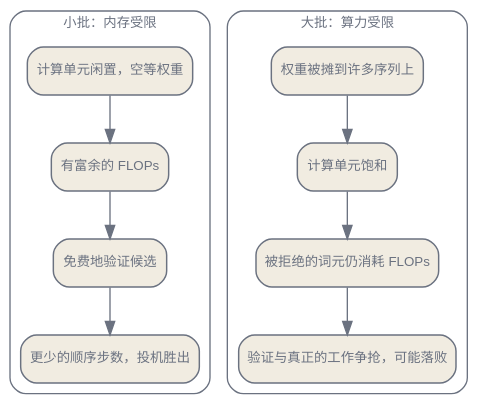
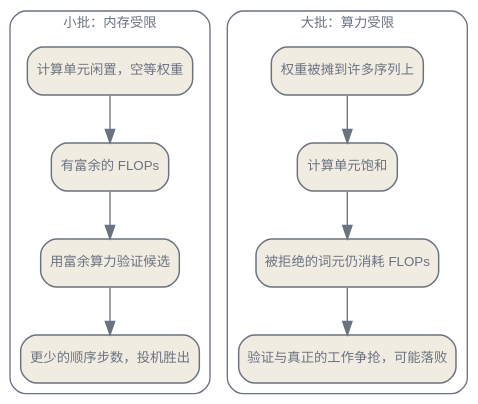
Before and after one commit to latere-ai/ai-as-an-infrastructure: the third of 4 diagrams in zh/inference/03-faster-decoding.qmd, drawn with Graphviz. The commit also changed other lines of this file and 7 other files, not shown here.

````diff
--- a/zh/inference/03-faster-decoding.qmd
+++ b/zh/inference/03-faster-decoding.qmd
@@ -135,33 +135,33 @@
 ```{dot}
 //| label: fig-faster-decoding-regime
-//| fig-cap: "为何一个加速数字是某种服务场景的属性。在小批大小下，计算单元在内存上空等，于是投机额外的 FLOPs 是免费的。在大批大小下，计算单元饱和，于是验证被拒绝的词元会争抢 FLOPs，反而可能耗损吞吐。"
+//| fig-cap: "为何一个加速数字是某种服务场景的属性。在小批大小下，计算单元在内存上空等，于是投机额外的 FLOPs 来自富余算力。在大批大小下，计算单元饱和，于是验证被拒绝的词元会争抢 FLOPs，反而可能耗损吞吐。"
 digraph {
   bgcolor="transparent";
   rankdir=TB;
   nodesep=0.4; ranksep=0.5;
   node [shape=box, style="rounded,filled", fontname="Helvetica", fontsize=10, color="#6b7280", fontcolor="#6b7280", fillcolor="#f1ece1", penwidth=1.1];
   edge [fontsize=10, fontname="Helvetica", color="#6b7280", fontcolor="#6b7280"];
   subgraph cluster_L {
     label="小批：内存受限";
     style=rounded; color="#6b7280"; fontcolor="#6b7280"; fontsize=10;
     L1 [label="计算单元闲置，空等权重"];
     L2 [label="有富余的 FLOPs"];
-    L3 [label="免费地验证候选"];
+    L3 [label="用富余算力验证候选"];
     L4 [label="更少的顺序步数，投机胜出"];
     L1 -> L2;
     L2 -> L3;
     L3 -> L4;
   }
   subgraph cluster_R {
     label="大批：算力受限";
     style=rounded; color="#6b7280"; fontcolor="#6b7280"; fontsize=10;
     R1 [label="权重被摊到许多序列上"];
     R2 [label="计算单元饱和"];
     R3 [label="被拒绝的词元仍消耗 FLOPs"];
     R4 [label="验证与真正的工作争抢，可能落败"];
     R1 -> R2;
     R2 -> R3;
     R3 -> R4;
   }
 }
 ```
````
